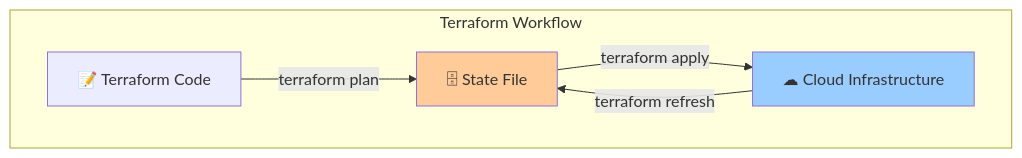
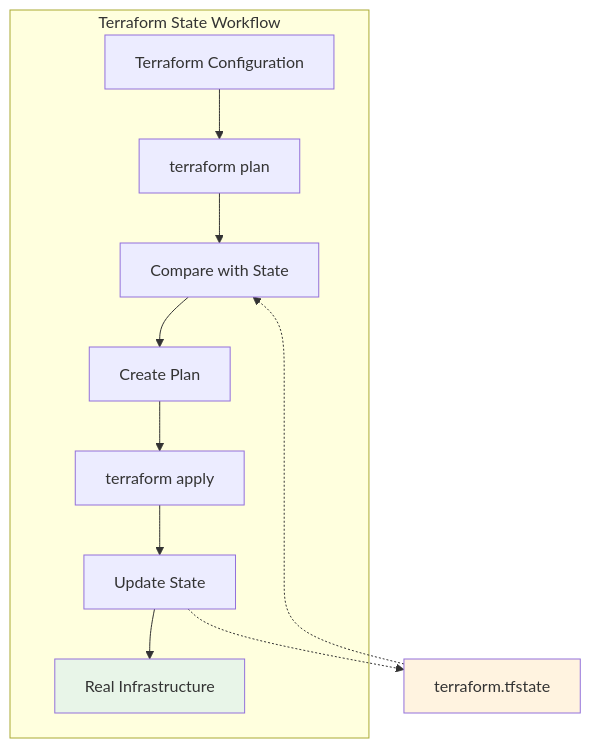
The third of 3 diagrams in docs/terraform_basics/lecture.md (mtalvik/automation), drawn with Mermaid before and after one commit. The commit also changed other lines of this file and 107 other files, not shown here.

````diff
--- a/docs/terraform_basics/lecture.md
+++ b/docs/terraform_basics/lecture.md
@@ -858,15 +364,17 @@
 ```mermaid
 graph TB
-    subgraph "Terraform Workflow"
-        Code[📝 Terraform Code]
-        State[🗄 State File]
-        Cloud[☁ Cloud Infrastructure]
+    subgraph "Terraform State Workflow"
+        A[Terraform Configuration] --> B[terraform plan]
+        B --> C[Compare with State]
+        C --> D[Create Plan]
+        D --> E[terraform apply]
+        E --> F[Update State]
+        F --> G[Real Infrastructure]
     end
     
-    Code -->|terraform plan| State
-    State -->|terraform apply| Cloud
-    Cloud -->|terraform refresh| State
+    H[terraform.tfstate] -.-> C
+    F -.-> H
     
-    style State fill:#ffcc99
-    style Cloud fill:#99ccff
+    style H fill:#fff3e0
+    style G fill:#e8f5e8
 ```
````
